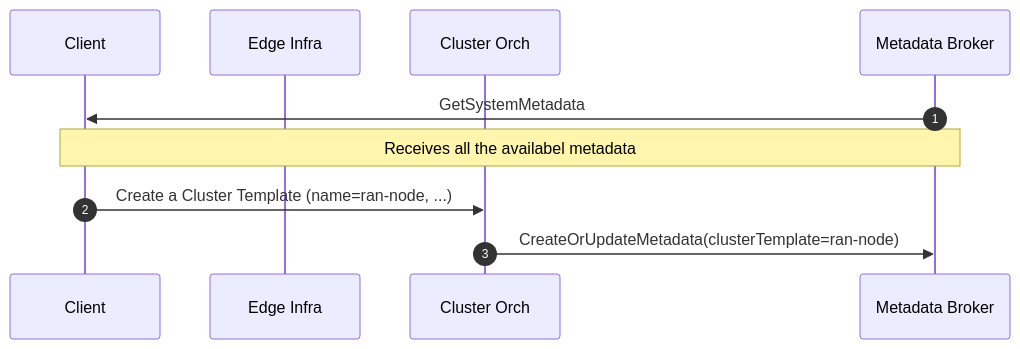
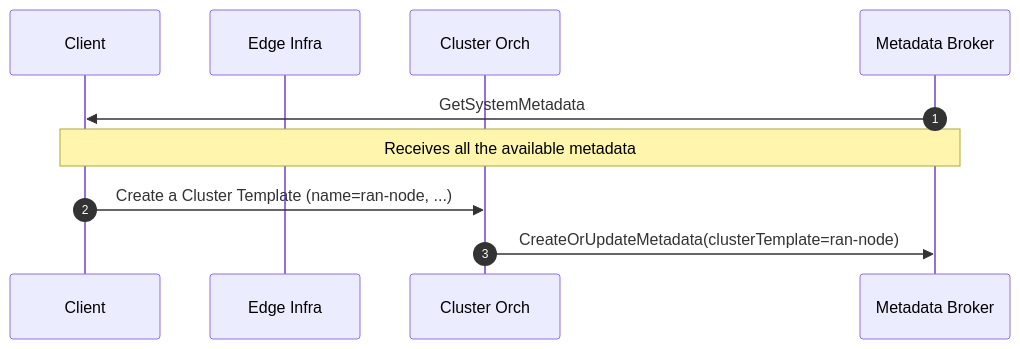
The fourth of 7 diagrams in docs/metadata-broker.md (open-edge-platform/orch-metadata-broker), drawn with Mermaid before and after one commit. The commit also changed other lines of this file and 4 other files, not shown here.

````diff
--- a/docs/metadata-broker.md
+++ b/docs/metadata-broker.md
@@ -115,14 +155,14 @@
 ```mermaid
 sequenceDiagram
     autonumber
     participant client as Client
     participant infra as Edge Infra
     participant lpc as Cluster Orch
     participant mdb as Metadata Broker
 
     mdb->>client: GetSystemMetadata
-    Note over mdb,client: Receives all the availabel metadata
+    Note over mdb,client: Receives all the available metadata
 
     client->>lpc: Create a Cluster Template (name=ran-node, ...)
     lpc->>mdb: CreateOrUpdateMetadata(clusterTemplate=ran-node)
 ```
````
